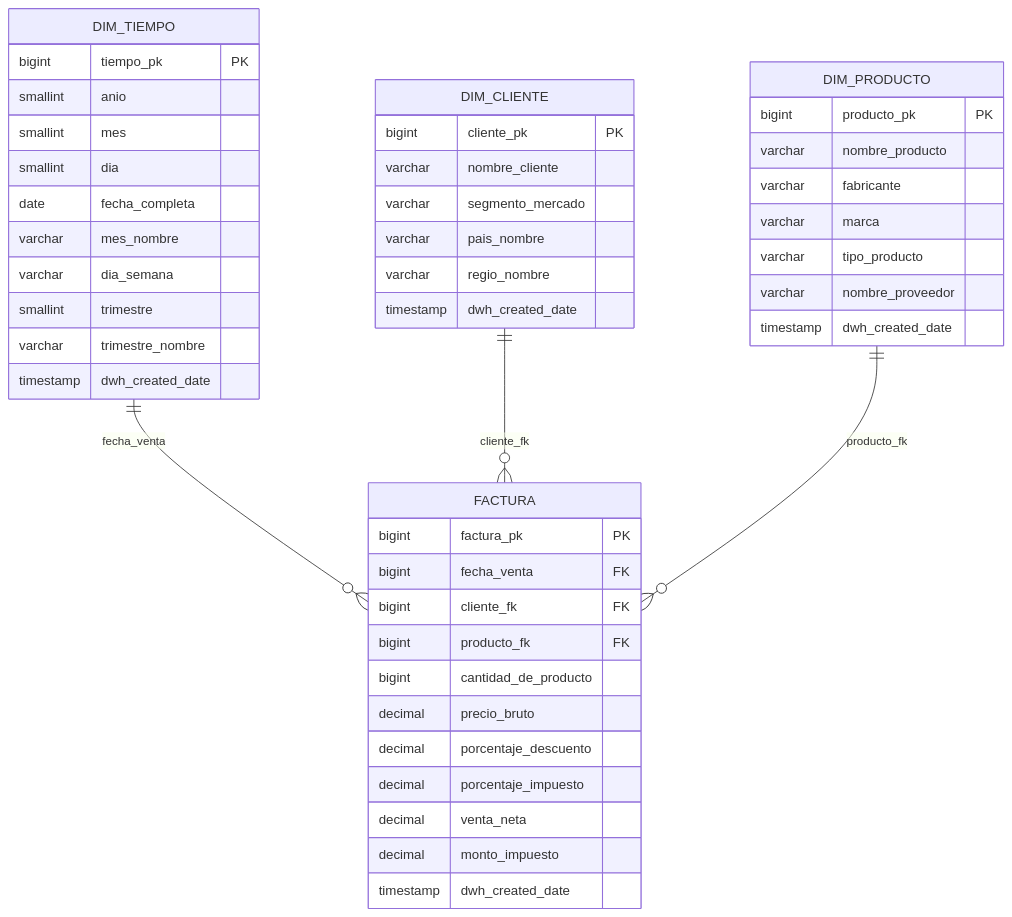
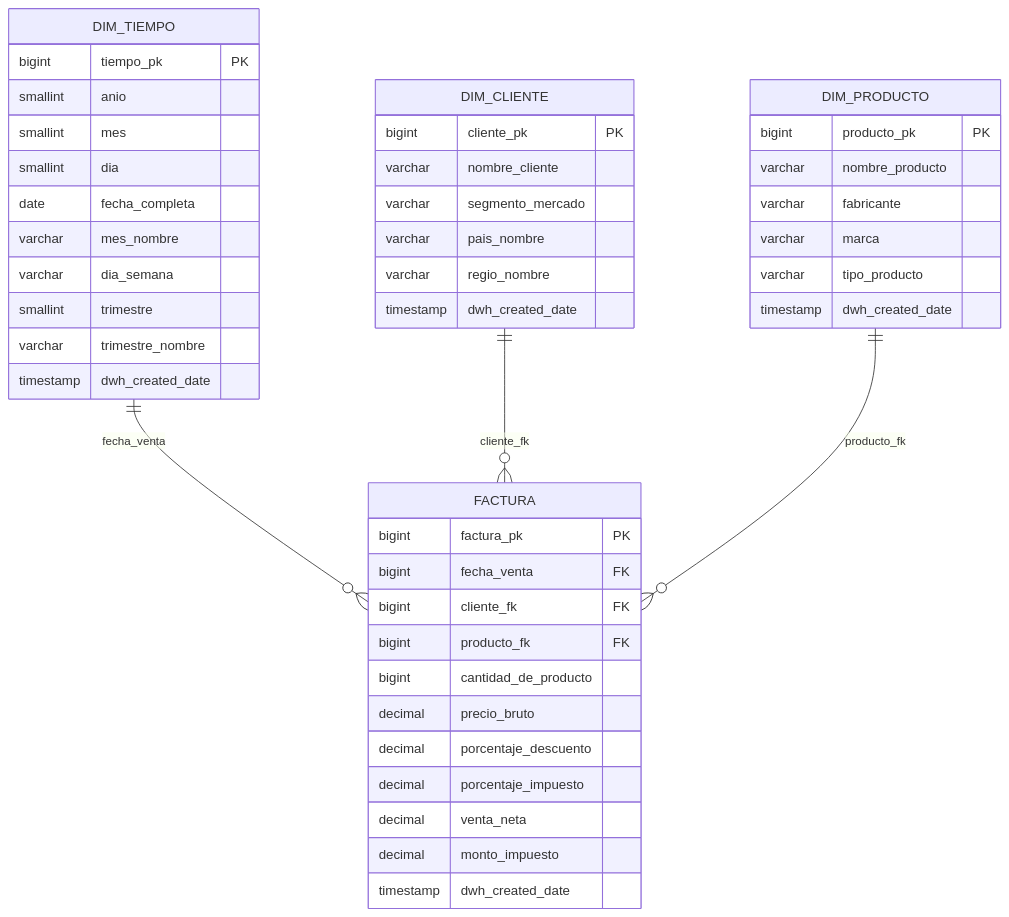
The diagram in docs/erd_oro.md (CaletOrtiz/sql-datawarehouse-project), drawn with Mermaid before and after one commit. The commit also changed other lines of this file and 2 other files, not shown here.

````diff
--- a/docs/erd_oro.md
+++ b/docs/erd_oro.md
@@ -3,49 +3,48 @@
 ```mermaid
 erDiagram
     DIM_TIEMPO ||--o{ FACTURA : "fecha_venta"
     DIM_CLIENTE ||--o{ FACTURA : "cliente_fk"
     DIM_PRODUCTO ||--o{ FACTURA : "producto_fk"
 
     FACTURA {
         bigint factura_pk PK
         bigint fecha_venta FK
         bigint cliente_fk FK
         bigint producto_fk FK
         bigint cantidad_de_producto
         decimal precio_bruto
         decimal porcentaje_descuento
         decimal porcentaje_impuesto
         decimal venta_neta
         decimal monto_impuesto
         timestamp dwh_created_date
     }
     DIM_TIEMPO {
         bigint tiempo_pk PK
         smallint anio
         smallint mes
         smallint dia
         date fecha_completa
         varchar mes_nombre
         varchar dia_semana
         smallint trimestre
         varchar trimestre_nombre
         timestamp dwh_created_date
     }
     DIM_CLIENTE {
         bigint cliente_pk PK
         varchar nombre_cliente
         varchar segmento_mercado
         varchar pais_nombre
         varchar regio_nombre
         timestamp dwh_created_date
     }
     DIM_PRODUCTO {
         bigint producto_pk PK
         varchar nombre_producto
         varchar fabricante
         varchar marca
         varchar tipo_producto
-        varchar nombre_proveedor
         timestamp dwh_created_date
     }
 ```
````
